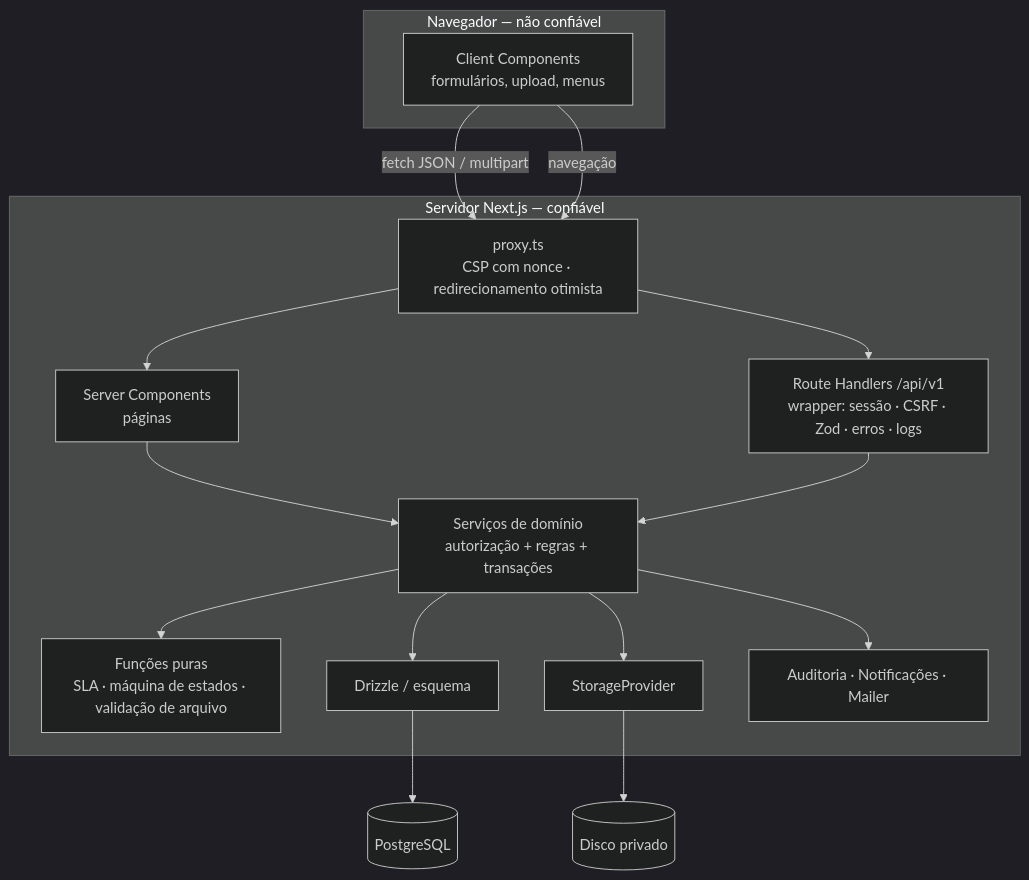
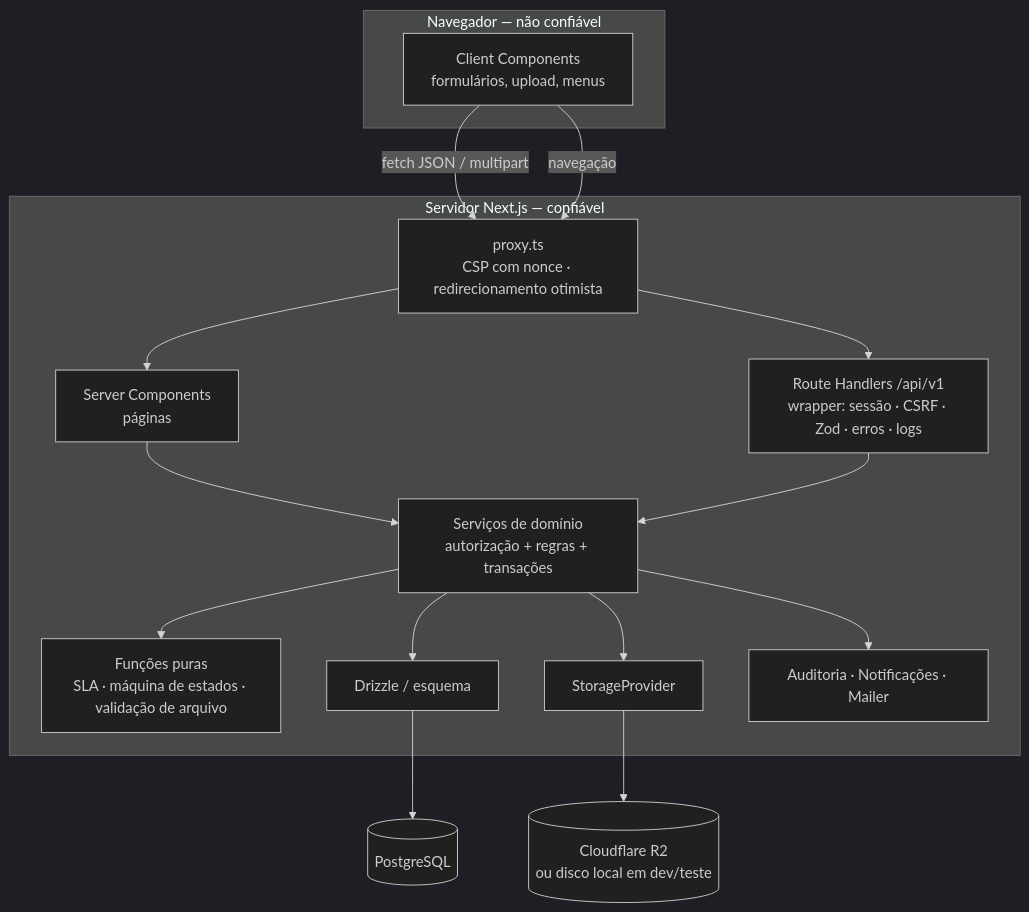
The second of 3 diagrams in docs/arquitetura/visao-geral.md (nandopandp-cloud/realseg-intra), drawn with Mermaid (dark theme) before and after one commit. The commit also changed other lines of this file and 33 other files, not shown here.

````diff
--- a/docs/arquitetura/visao-geral.md
+++ b/docs/arquitetura/visao-geral.md
@@ -20,24 +42,24 @@
 ```mermaid
 flowchart TB
   subgraph Navegador [Navegador — não confiável]
     ui[Client Components\nformulários, upload, menus]
   end
   subgraph Servidor [Servidor Next.js — confiável]
     proxy[proxy.ts\nCSP com nonce · redirecionamento otimista]
     pages[Server Components\npáginas]
     routes[Route Handlers /api/v1\nwrapper: sessão · CSRF · Zod · erros · logs]
     services[Serviços de domínio\nautorização + regras + transações]
     pure[Funções puras\nSLA · máquina de estados · validação de arquivo]
     dal[Drizzle / esquema]
     storage[StorageProvider]
     audit[Auditoria · Notificações · Mailer]
   end
   ui -->|fetch JSON / multipart| proxy --> routes
   ui -->|navegação| proxy --> pages
   pages --> services
   routes --> services
   services --> pure
   services --> dal --> db[(PostgreSQL)]
-  services --> storage --> disk[(Disco privado)]
+  services --> storage --> disk[(Cloudflare R2<br/>ou disco local em dev/teste)]
   services --> audit
 ```
````
